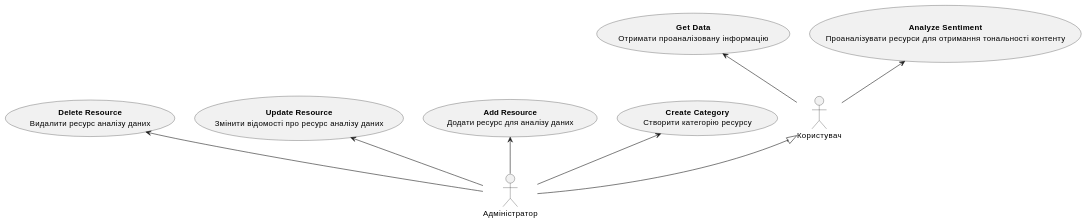
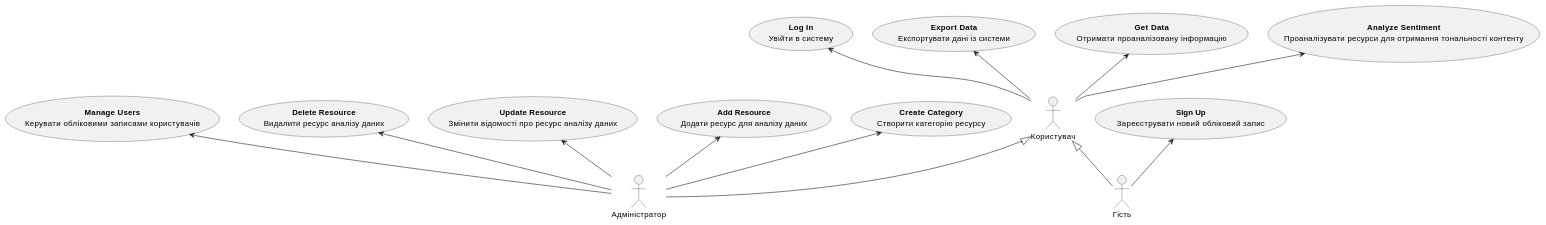
Before and after one commit to ypapish/database-course-work: the first of 11 diagrams in docs/ua/use cases/index.md, drawn with PlantUML. The commit also changed other lines of this file, not shown here.

```diff
--- a/docs/ua/use cases/index.md
+++ b/docs/ua/use cases/index.md
@@ -5,20 +5,32 @@
 @startuml
 actor "Користувач" as user
 actor "Адміністратор" as admin
+actor "Гість" as guest
 
 usecase "<b>Create Category</b>\nСтворити категорію ресурсу" as UC_1
 usecase "<b>Analyze Sentiment</b>\nПроаналізувати ресурси для отримання тональності контенту" as UC_2
 usecase "<b>Add Resource</b>\nДодати ресурс для аналізу даних" as UC_3
 usecase "<b>Update Resource</b>\nЗмінити відомості про ресурс аналізу даних" as UC_4
 usecase "<b>Delete Resource</b>\nВидалити ресурс аналізу даних" as UC_5
 usecase "<b>Get Data</b>\nОтримати проаналізовану інформацію" as UC_6
+usecase "<b>Export Data</b>\nЕкспортувати дані із системи" as UC_7
+usecase "<b>Manage Users</b>\nКерувати обліковими записами користувачів" as UC_8
+usecase "<b>Log In</b>\nУвійти в систему" as UC_9
+usecase "<b>Sign Up</b>\nЗареєструвати новий обліковий запис" as UC_10
 
 user -u-> UC_2
 user -u-> UC_6
+user -u-> UC_7
+user -u-> UC_9
 admin -u-|> user
 
 admin -u-> UC_1
 admin -u-> UC_3
 admin -u-> UC_4
 admin -u-> UC_5
+admin -u-> UC_8
+
+guest -u-> UC_10
+guest -u-|> user
+
 @enduml
```
